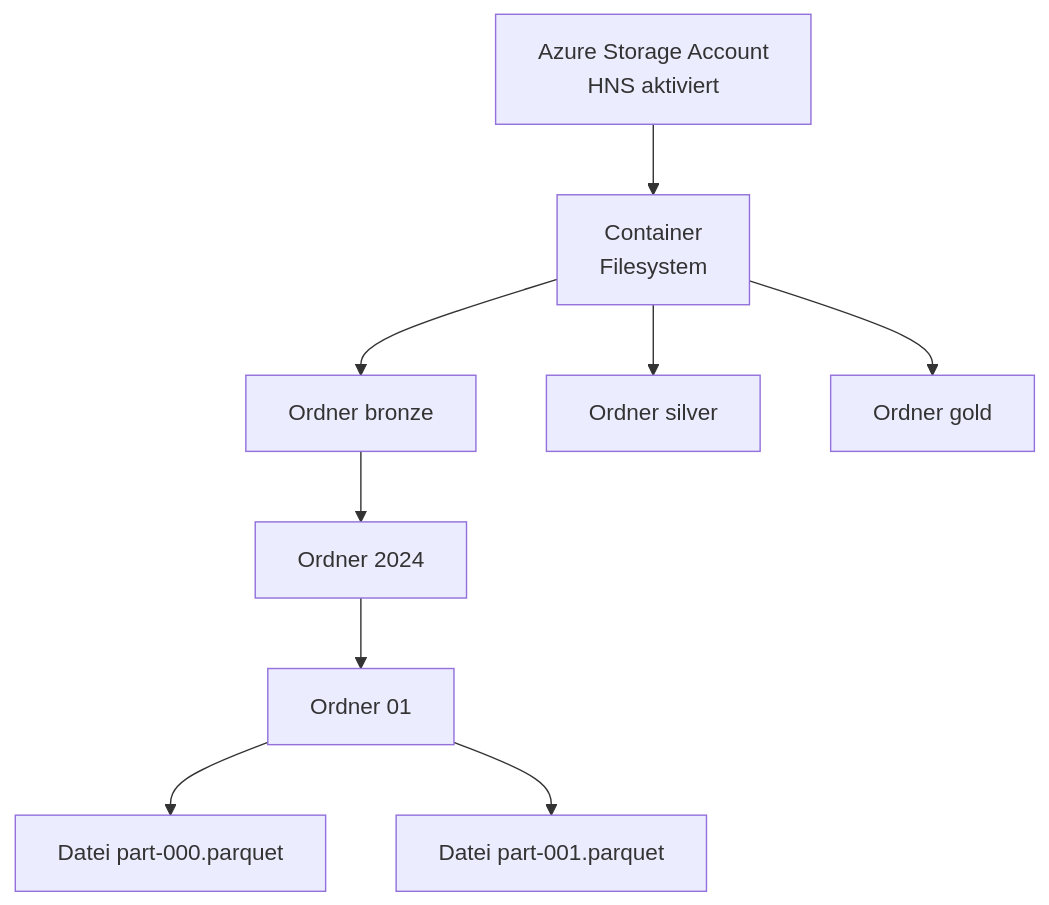
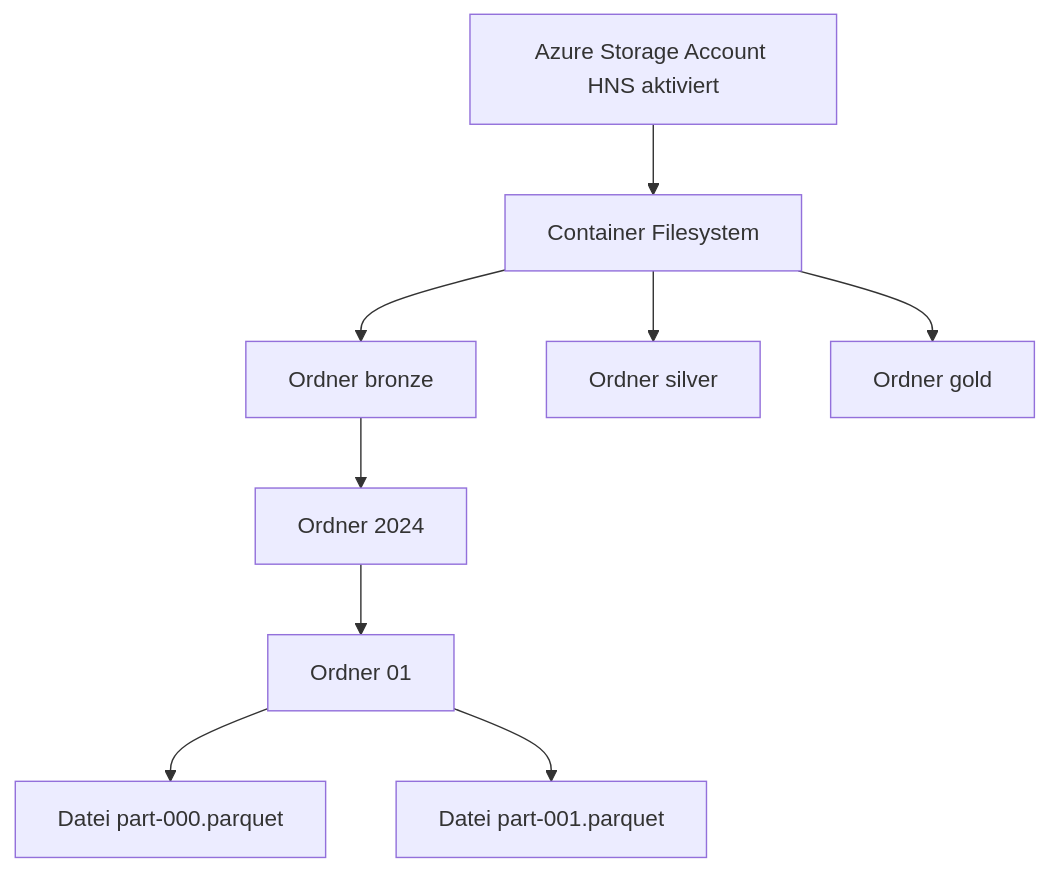
One commit to SoniiiT/notes-n-docs changed the first of 3 diagrams in Microsoft 365/Azure/Storage/Azure Data Lake Storage Gen2.md. Above: the diagram before and after it, drawn with Mermaid. The commit also changed other lines of this file and 124 other files, not shown here.

First line of the commit message:
fix: Entferne \n aus allen Mermaid-Diagrammen (125 Dateien)

````diff
--- a/Microsoft 365/Azure/Storage/Azure Data Lake Storage Gen2.md
+++ b/Microsoft 365/Azure/Storage/Azure Data Lake Storage Gen2.md
@@ -33,11 +33,11 @@
 ```mermaid
 graph TD
-    A[Azure Storage Account\nHNS aktiviert] --> B[Container\nFilesystem]
+    A[Azure Storage Account HNS aktiviert] --> B[Container Filesystem]
     B --> C[Ordner bronze]
     B --> D[Ordner silver]
     B --> E[Ordner gold]
     C --> F[Ordner 2024]
     F --> G[Ordner 01]
     G --> H[Datei part-000.parquet]
     G --> I[Datei part-001.parquet]
 ```
````
